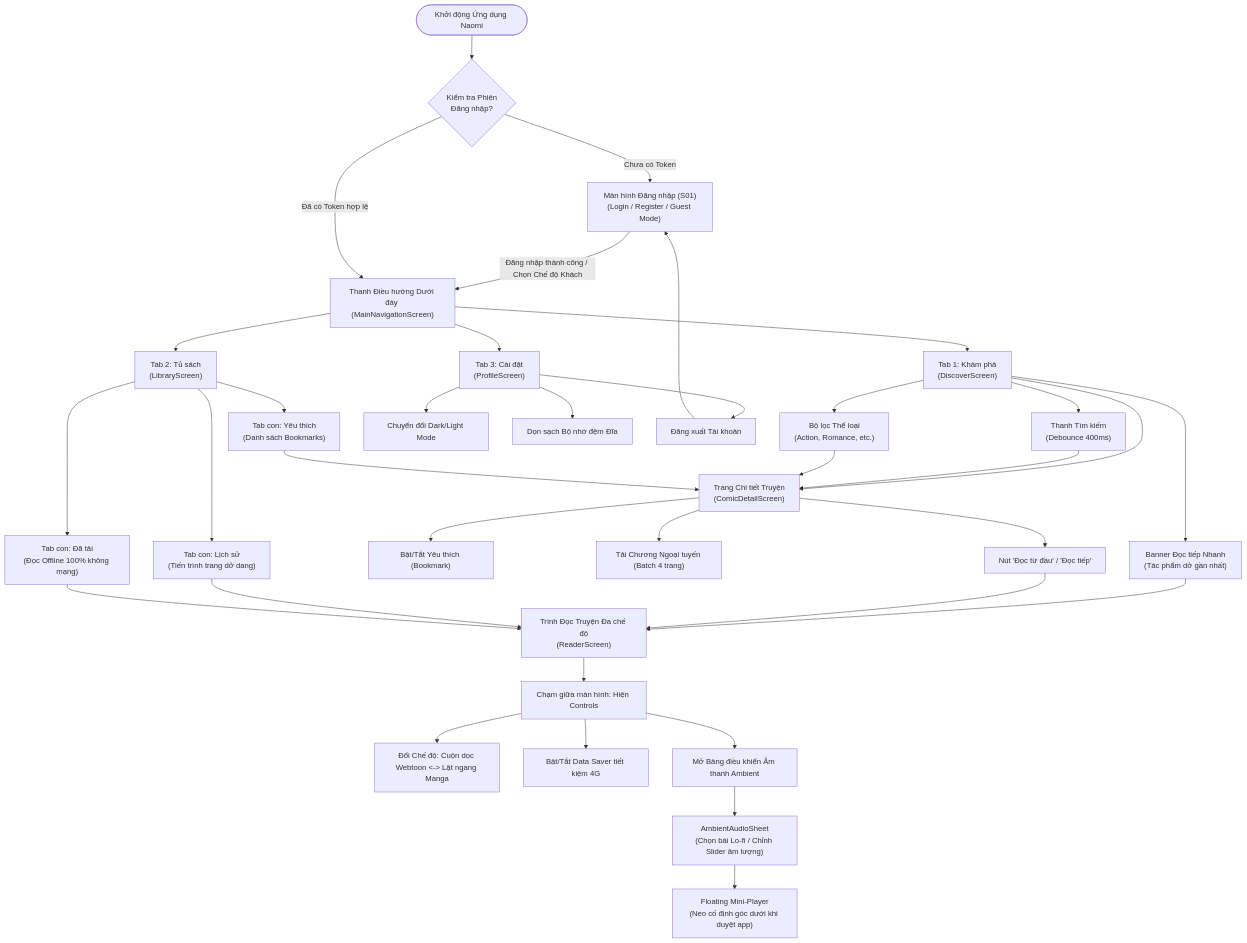
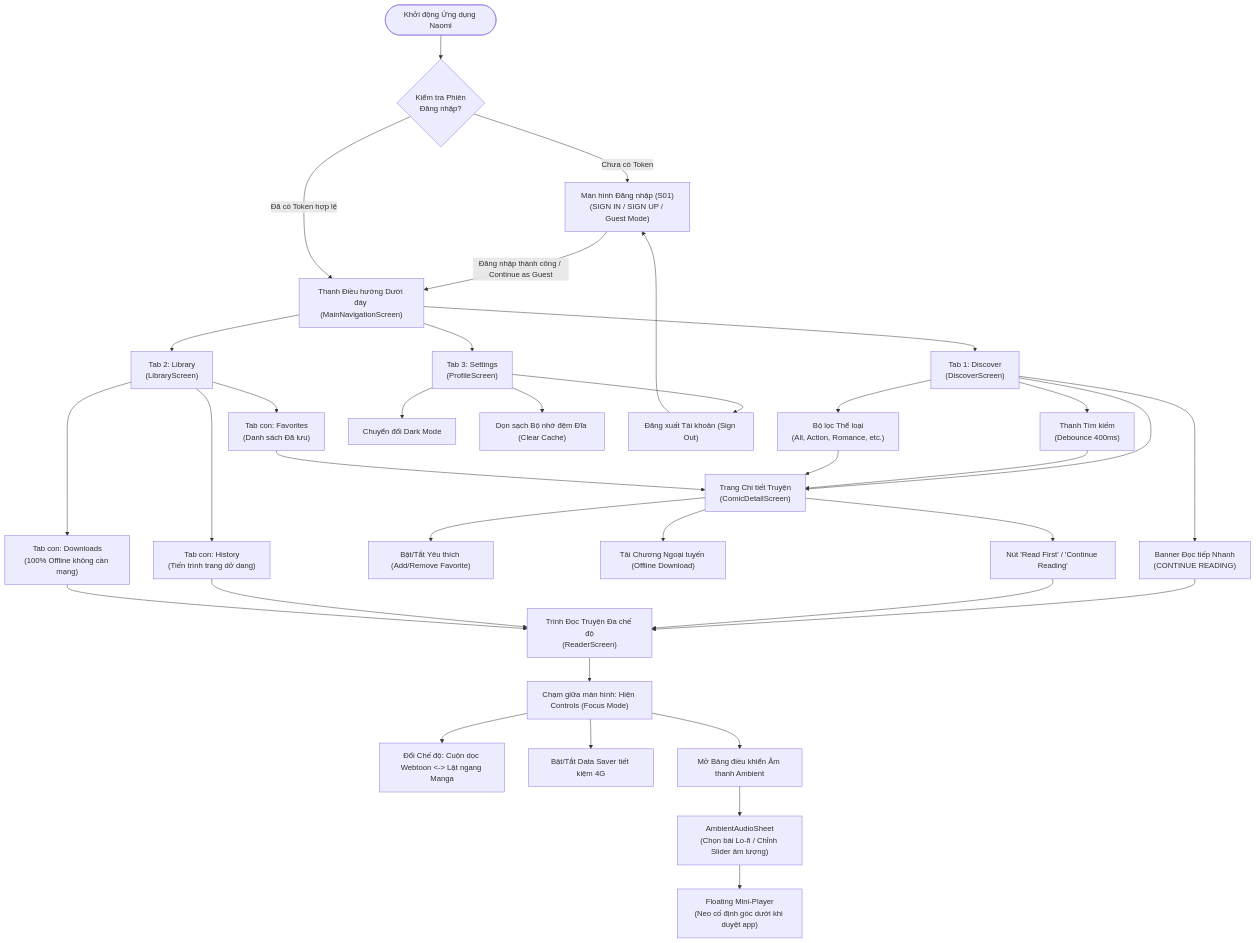
Before and after one commit to kortav0103/Naomi: the diagram in spec/1.6.md, drawn with Mermaid. The commit also changed other lines of this file and 27 other files, not shown here.

````diff
--- a/spec/1.6.md
+++ b/spec/1.6.md
@@ -72,47 +73,47 @@
 ```mermaid
 flowchart TD
     AppLaunch([Khởi động Ứng dụng Naomi]) --> CheckAuth{Kiểm tra Phiên\nĐăng nhập?}
     
-    CheckAuth -- Chưa có Token --> LoginScreen["Màn hình Đăng nhập (S01)\n(Login / Register / Guest Mode)"]
-    LoginScreen -- Đăng nhập thành công / Chọn Chế độ Khách --> MainNav["Thanh Điều hướng Dưới đáy (MainNavigationScreen)"]
+    CheckAuth -- Chưa có Token --> LoginScreen["Màn hình Đăng nhập (S01)\n(SIGN IN / SIGN UP / Guest Mode)"]
+    LoginScreen -- Đăng nhập thành công / Continue as Guest --> MainNav["Thanh Điều hướng Dưới đáy (MainNavigationScreen)"]
     CheckAuth -- Đã có Token hợp lệ --> MainNav
 
     %% 3 TABS CHÍNH
-    MainNav --> Tab1["Tab 1: Khám phá\n(DiscoverScreen)"]
-    MainNav --> Tab2["Tab 2: Tủ sách\n(LibraryScreen)"]
-    MainNav --> Tab3["Tab 3: Cài đặt\n(ProfileScreen)"]
+    MainNav --> Tab1["Tab 1: Discover\n(DiscoverScreen)"]
+    MainNav --> Tab2["Tab 2: Library\n(LibraryScreen)"]
+    MainNav --> Tab3["Tab 3: Settings\n(ProfileScreen)"]
 
-    %% TAB 1: KHÁM PHÁ
+    %% TAB 1: DISCOVER
     Tab1 --> SearchTrigger["Thanh Tìm kiếm\n(Debounce 400ms)"]
-    Tab1 --> GenreFilter["Bộ lọc Thể loại\n(Action, Romance, etc.)"]
-    Tab1 --> ContinueBanner["Banner Đọc tiếp Nhanh\n(Tác phẩm dở gần nhất)"]
+    Tab1 --> GenreFilter["Bộ lọc Thể loại\n(All, Action, Romance, etc.)"]
+    Tab1 --> ContinueBanner["Banner Đọc tiếp Nhanh\n(CONTINUE READING)"]
     Tab1 --> ComicDetail["Trang Chi tiết Truyện\n(ComicDetailScreen)"]
 
     SearchTrigger --> ComicDetail
     GenreFilter --> ComicDetail
     ContinueBanner --> ReaderScreen["Trình Đọc Truyện Đa chế độ\n(ReaderScreen)"]
 
     %% CHI TIẾT TRUYỆN
-    ComicDetail --> ReadNow["Nút 'Đọc từ đầu' / 'Đọc tiếp'"] --> ReaderScreen
-    ComicDetail --> ToggleFav["Bật/Tắt Yêu thích (Bookmark)"]
-    ComicDetail --> DownloadAction["Tải Chương Ngoại tuyến (Batch 4 trang)"]
+    ComicDetail --> ReadNow["Nút 'Read First' / 'Continue Reading'"] --> ReaderScreen
+    ComicDetail --> ToggleFav["Bật/Tắt Yêu thích (Add/Remove Favorite)"]
+    ComicDetail --> DownloadAction["Tải Chương Ngoại tuyến (Offline Download)"]
 
-    %% TAB 2: TỦ SÁCH
-    Tab2 --> SubTabFav["Tab con: Yêu thích\n(Danh sách Bookmarks)"] --> ComicDetail
-    Tab2 --> SubTabHistory["Tab con: Lịch sử\n(Tiến trình trang dở dang)"] --> ReaderScreen
-    Tab2 --> SubTabOffline["Tab con: Đã tải\n(Đọc Offline 100% không mạng)"] --> ReaderScreen
+    %% TAB 2: LIBRARY
+    Tab2 --> SubTabFav["Tab con: Favorites\n(Danh sách Đã lưu)"] --> ComicDetail
+    Tab2 --> SubTabHistory["Tab con: History\n(Tiến trình trang dở dang)"] --> ReaderScreen
+    Tab2 --> SubTabOffline["Tab con: Downloads\n(100% Offline không cần mạng)"] --> ReaderScreen
 
-    %% TAB 3: HỒ SƠ & CÀI ĐẶT
-    Tab3 --> ToggleTheme["Chuyển đổi Dark/Light Mode"]
-    Tab3 --> ClearCacheAction["Dọn sạch Bộ nhớ đệm Đĩa"]
-    Tab3 --> LogoutAction["Đăng xuất Tài khoản"] --> LoginScreen
+    %% TAB 3: SETTINGS
+    Tab3 --> ToggleTheme["Chuyển đổi Dark Mode"]
+    Tab3 --> ClearCacheAction["Dọn sạch Bộ nhớ đệm Đĩa (Clear Cache)"]
+    Tab3 --> LogoutAction["Đăng xuất Tài khoản (Sign Out)"] --> LoginScreen
 
     %% PHÂN HỆ ĐỌC & ÂM THANH
-    ReaderScreen --> ReaderControls["Chạm giữa màn hình: Hiện Controls"]
+    ReaderScreen --> ReaderControls["Chạm giữa màn hình: Hiện Controls (Focus Mode)"]
     ReaderControls --> SwitchMode["Đổi Chế độ: Cuộn dọc Webtoon <-> Lật ngang Manga"]
     ReaderControls --> ToggleDataSaver["Bật/Tắt Data Saver tiết kiệm 4G"]
     ReaderControls --> OpenAudioSheet["Mở Bảng điều khiển Âm thanh Ambient"]
     
     OpenAudioSheet --> AudioSheet["AmbientAudioSheet\n(Chọn bài Lo-fi / Chỉnh Slider âm lượng)"]
     AudioSheet --> MiniPlayer["Floating Mini-Player\n(Neo cố định góc dưới khi duyệt app)"]
 ```
````
